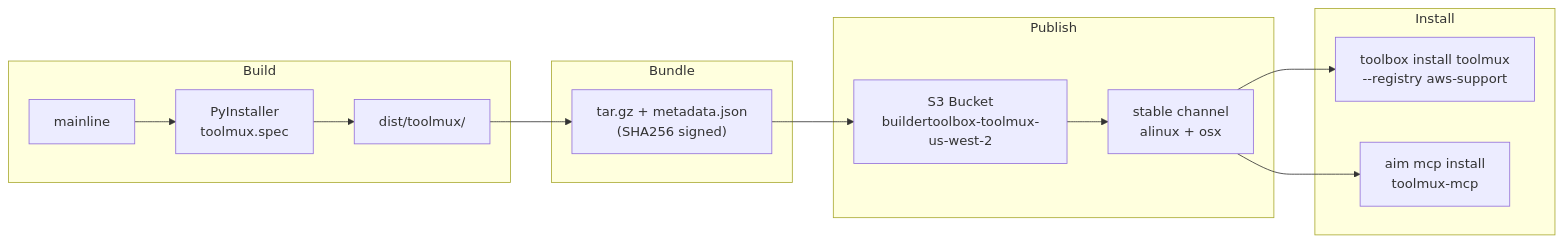
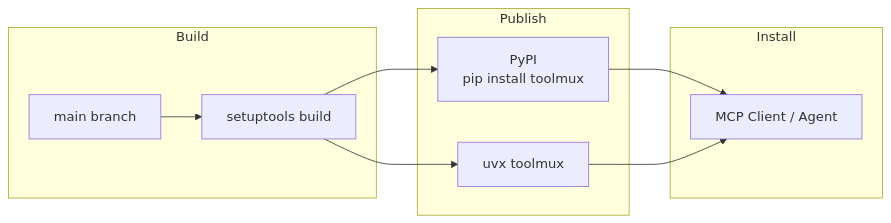
The tenth of 10 diagrams in docs/ARCHITECTURE.md (subnetangel/ToolMux), drawn with Mermaid before and after one commit. The commit also changed other lines of this file and 10 other files, not shown here.

````diff
--- a/docs/ARCHITECTURE.md
+++ b/docs/ARCHITECTURE.md
@@ -307,18 +307,14 @@
 ```mermaid
 flowchart LR
     subgraph Build
-        Code["mainline"] --> PyI["PyInstaller<br/>toolmux.spec"]
-        PyI --> Bin["dist/toolmux/"]
-    end
-    subgraph Bundle
-        Bin --> Tar["tar.gz + metadata.json<br/>(SHA256 signed)"]
+        Code["main branch"] --> Pkg["setuptools build"]
     end
     subgraph Publish
-        Tar --> S3["S3 Bucket<br/>buildertoolbox-toolmux-us-west-2"]
-        S3 --> Chan["stable channel<br/>alinux + osx"]
+        Pkg --> PyPI["PyPI<br/>pip install toolmux"]
+        Pkg --> Uvx["uvx toolmux"]
     end
     subgraph Install
-        Chan --> TB["toolbox install toolmux<br/>--registry aws-support"]
-        Chan --> AIM["aim mcp install<br/>toolmux-mcp"]
+        PyPI --> Agent["MCP Client / Agent"]
+        Uvx --> Agent
     end
 ```
````
